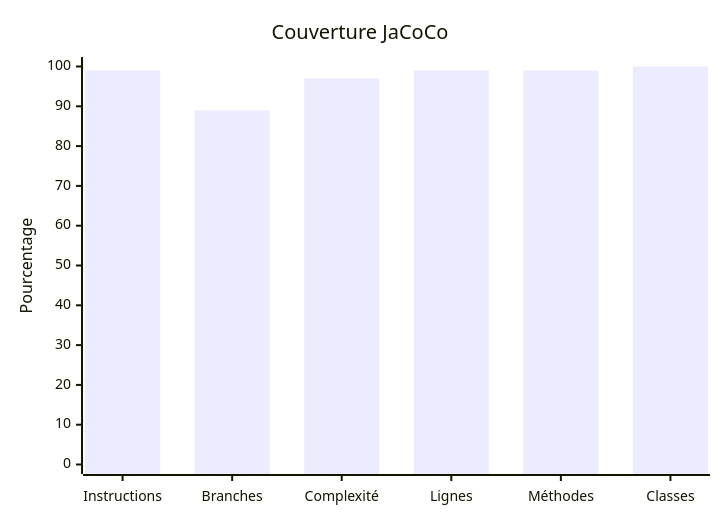
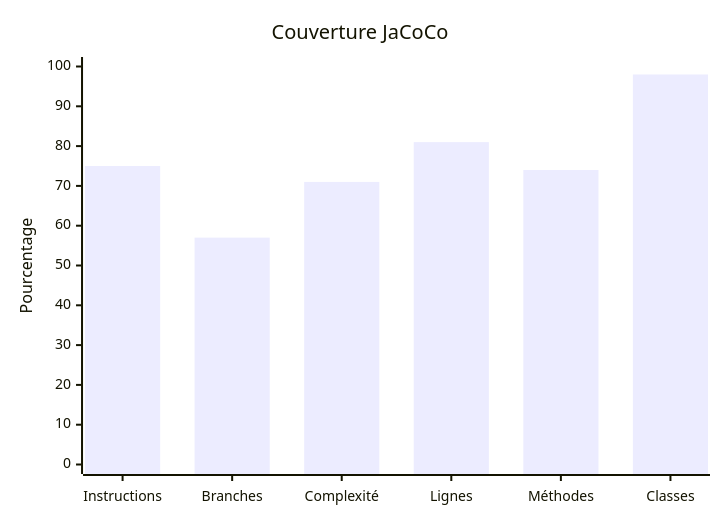
The fifth of 5 diagrams in DOCUMENTATION_LIVRABLE.md (ArnaudClaire/GamesUp), drawn with Mermaid before and after one commit. The commit also changed other lines of this file and 8 other files, not shown here.

````diff
--- a/DOCUMENTATION_LIVRABLE.md
+++ b/DOCUMENTATION_LIVRABLE.md
@@ -390,7 +496,7 @@
 ```mermaid
 xychart-beta
     title "Couverture JaCoCo"
     x-axis ["Instructions", "Branches", "Complexité", "Lignes", "Méthodes", "Classes"]
     y-axis "Pourcentage" 0 --> 100
-    bar [99, 89, 97, 99, 99, 100]
+    bar [75, 57, 71, 81, 74, 98]
 ```
````
